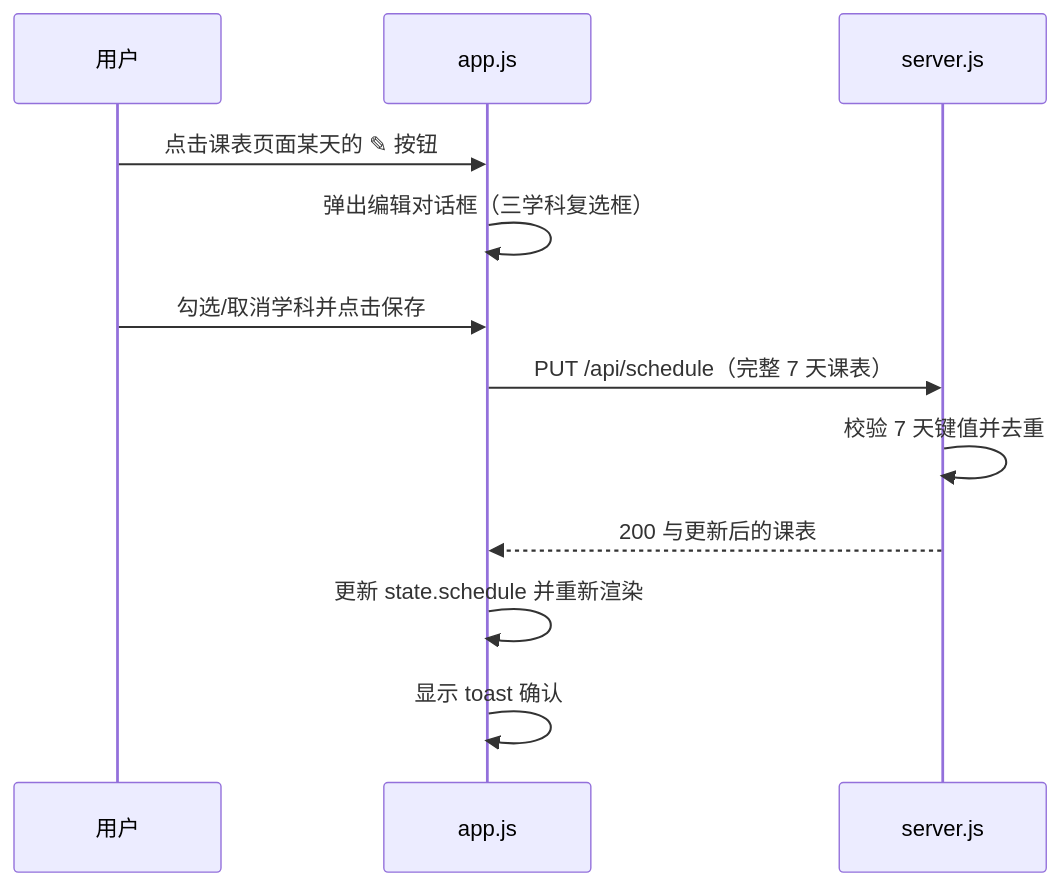
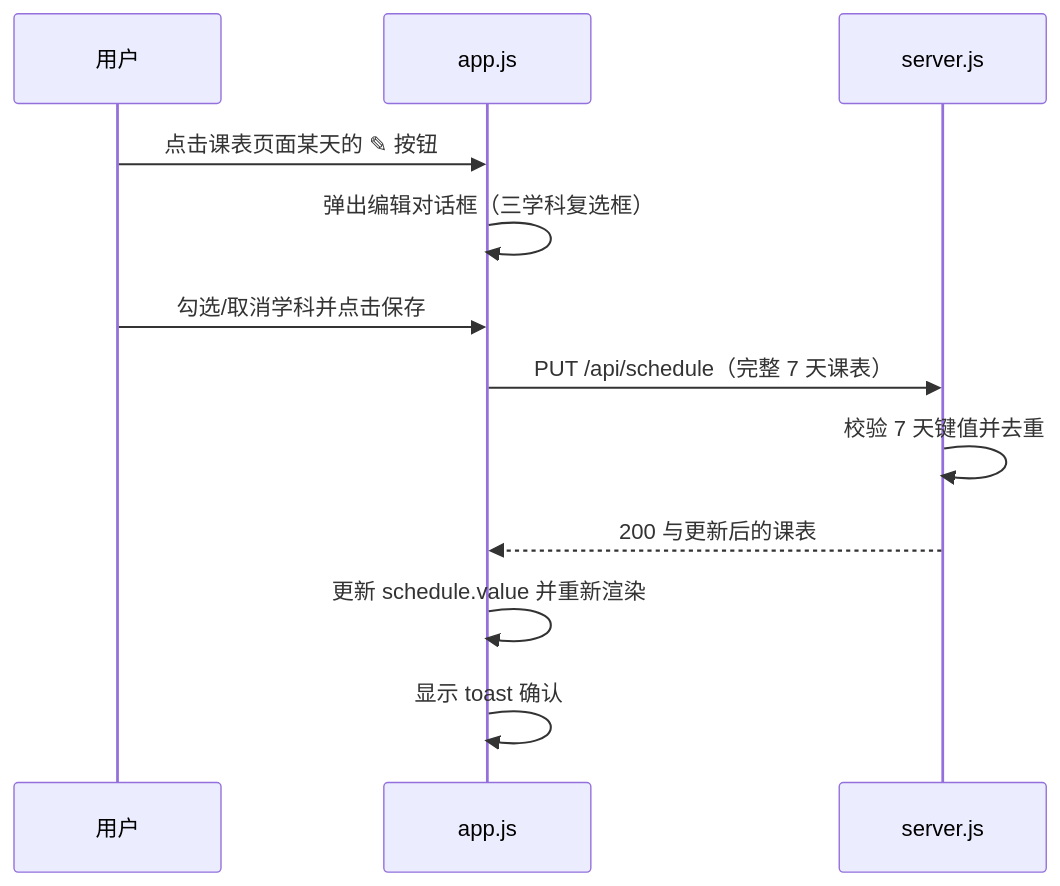
Before and after one commit to guccang/yuanbao: the seventh of 7 diagrams in docs/codinghub/flows.md, drawn with Mermaid. The commit also changed other lines of this file and 3 other files, not shown here.

````diff
--- a/docs/codinghub/flows.md
+++ b/docs/codinghub/flows.md
@@ -198,15 +191,15 @@
 ```mermaid
 sequenceDiagram
     participant U as 用户
     participant A as app.js
     participant S as server.js
 
     U->>A: 点击课表页面某天的 ✎ 按钮
     A->>A: 弹出编辑对话框（三学科复选框）
     U->>A: 勾选/取消学科并点击保存
     A->>S: PUT /api/schedule（完整 7 天课表）
     S->>S: 校验 7 天键值并去重
     S-->>A: 200 与更新后的课表
-    A->>A: 更新 state.schedule 并重新渲染
+    A->>A: 更新 schedule.value 并重新渲染
     A->>A: 显示 toast 确认
 ```
````
